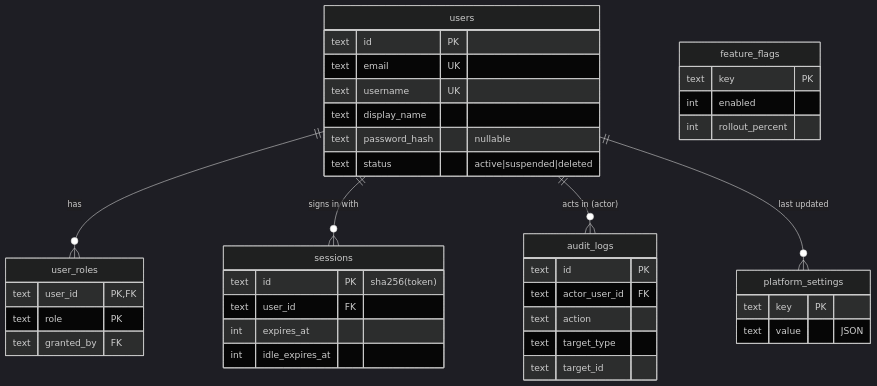
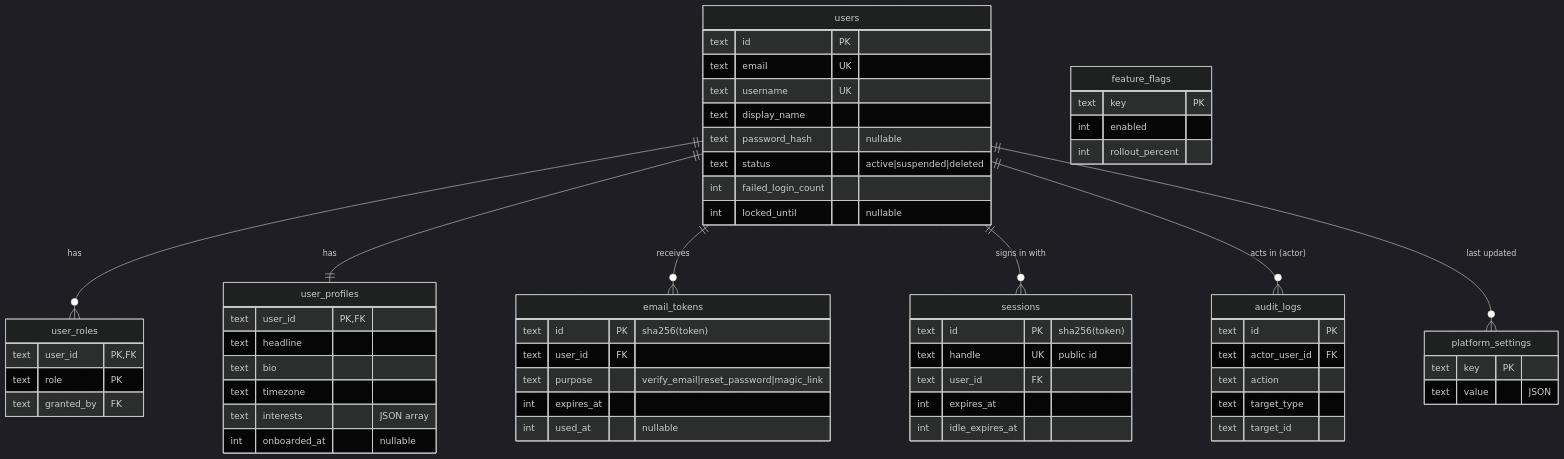
One commit to Kanavt15/SkillVerse changed the diagram in docs/architecture/database-schema.md. Above: the diagram before and after it, drawn with Mermaid (dark theme). The commit also changed other lines of this file and 45 other files, not shown here.

First line of the commit message:
feat(auth): add accounts, sessions, email verification and password reset

````diff
--- a/docs/architecture/database-schema.md
+++ b/docs/architecture/database-schema.md
@@ -9,43 +9,63 @@
 ```mermaid
 erDiagram
   users ||--o{ user_roles : "has"
+  users ||--|| user_profiles : "has"
+  users ||--o{ email_tokens : "receives"
   users ||--o{ sessions : "signs in with"
   users ||--o{ audit_logs : "acts in (actor)"
   users ||--o{ platform_settings : "last updated"
 
   users {
     text id PK
     text email UK
     text username UK
     text display_name
     text password_hash "nullable"
     text status "active|suspended|deleted"
+    int failed_login_count
+    int locked_until "nullable"
+  }
+  user_profiles {
+    text user_id PK,FK
+    text headline
+    text bio
+    text timezone
+    text interests "JSON array"
+    int onboarded_at "nullable"
+  }
+  email_tokens {
+    text id PK "sha256(token)"
+    text user_id FK
+    text purpose "verify_email|reset_password|magic_link"
+    int expires_at
+    int used_at "nullable"
   }
   user_roles {
     text user_id PK,FK
     text role PK
     text granted_by FK
   }
   sessions {
     text id PK "sha256(token)"
+    text handle UK "public id"
     text user_id FK
     int expires_at
     int idle_expires_at
   }
   audit_logs {
     text id PK
     text actor_user_id FK
     text action
     text target_type
     text target_id
   }
   platform_settings {
     text key PK
     text value "JSON"
   }
   feature_flags {
     text key PK
     int enabled
     int rollout_percent
   }
 ```
````
